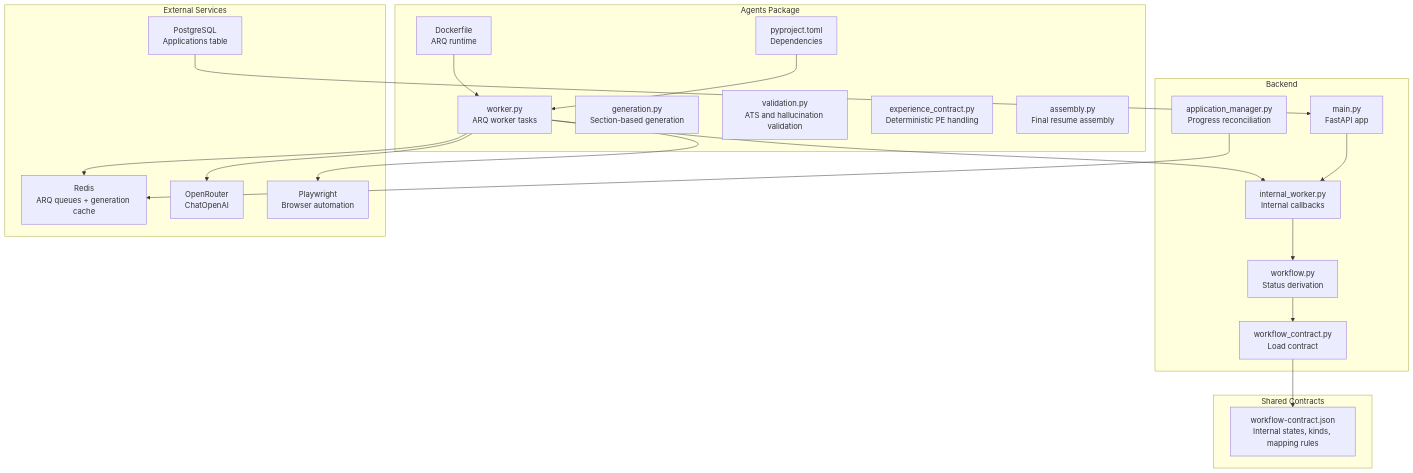
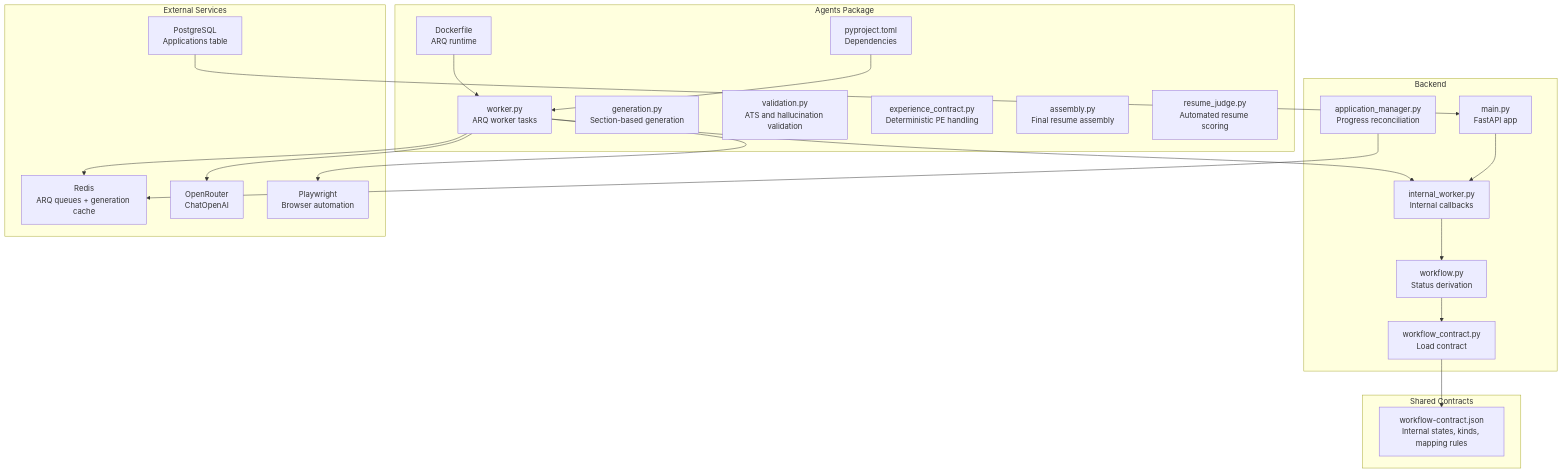
Before and after one commit to sankaL/resume-app: the first of 16 diagrams in .qoder/repowiki/en/content/AI Agent System/AI Agent System.md, drawn with Mermaid. The commit also changed other lines of this file and 7 other files, not shown here.

````diff
--- a/.qoder/repowiki/en/content/AI Agent System/AI Agent System.md
+++ b/.qoder/repowiki/en/content/AI Agent System/AI Agent System.md
@@ -58,40 +63,41 @@
 ```mermaid
 graph TB
 subgraph "Agents Package"
 W["worker.py<br/>ARQ worker tasks"]
 G["generation.py<br/>Section-based generation"]
 V["validation.py<br/>ATS and hallucination validation"]
 EC["experience_contract.py<br/>Deterministic PE handling"]
 A["assembly.py<br/>Final resume assembly"]
+RJ["resume_judge.py<br/>Automated resume scoring"]
 CFG["pyproject.toml<br/>Dependencies"]
 DF["Dockerfile<br/>ARQ runtime"]
 end
 subgraph "Shared Contracts"
 WC["workflow-contract.json<br/>Internal states, kinds, mapping rules"]
 end
 subgraph "Backend"
 API["internal_worker.py<br/>Internal callbacks"]
 CORE["workflow_contract.py<br/>Load contract"]
 SVC["workflow.py<br/>Status derivation"]
 APP["main.py<br/>FastAPI app"]
 AM["application_manager.py<br/>Progress reconciliation"]
 end
 subgraph "External Services"
 RC["Redis<br/>ARQ queues + generation cache"]
 OR["OpenRouter<br/>ChatOpenAI"]
 PW["Playwright<br/>Browser automation"]
 DB["PostgreSQL<br/>Applications table"]
 end
 W --> RC
 W --> OR
 W --> PW
 W --> API
 API --> SVC
 SVC --> CORE
 CORE --> WC
 APP --> API
 AM --> RC
 DF --> W
 CFG --> W
 DB --> APP
 ```
````
